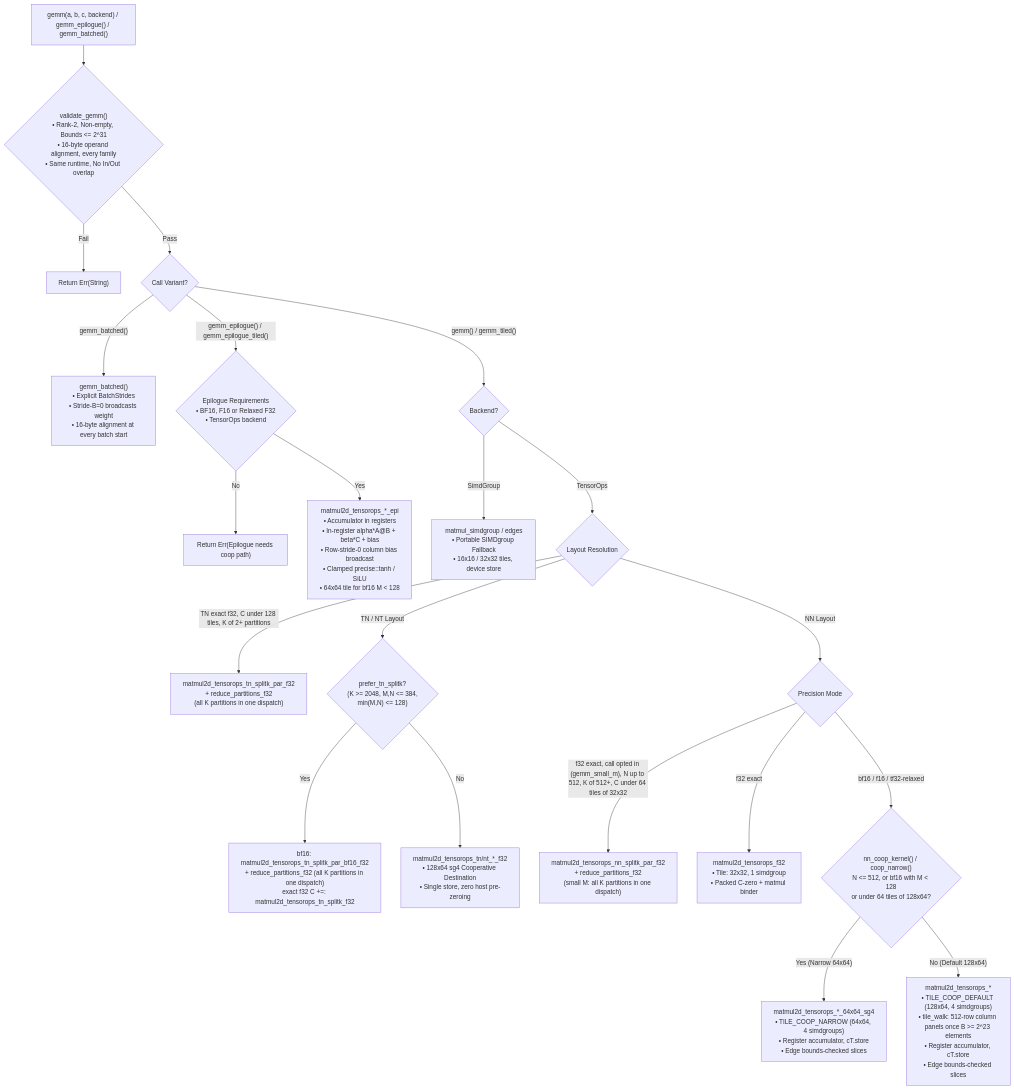
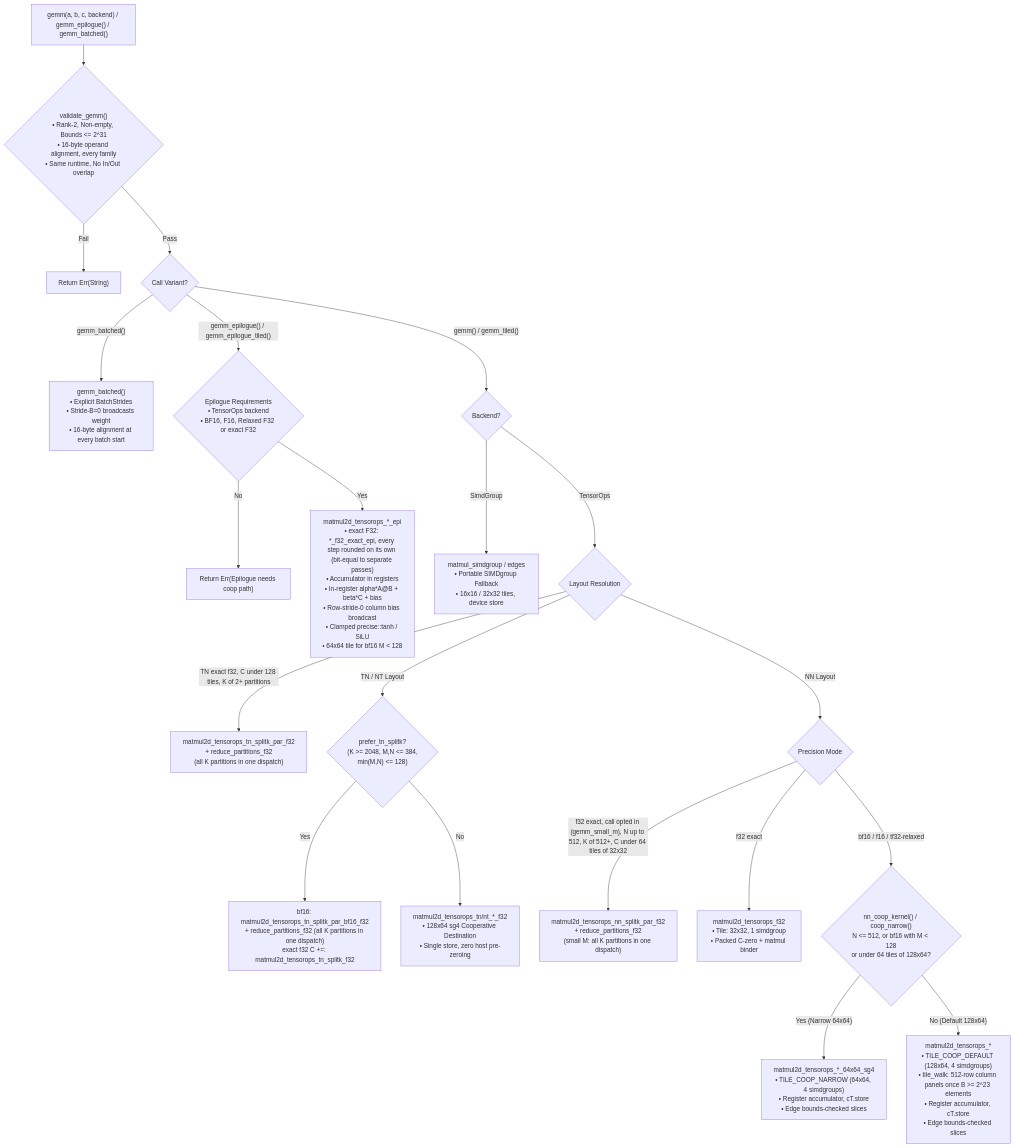
Before and after one commit to bharathvbcr/tessl: the first of 8 diagrams in docs/architecture.md, drawn with Mermaid. The commit also changed 12 other files, not shown here.

First line of the commit message:
gemm_epilogue: exact-f32 cooperative epilogue, bit-identical to separate passes

````diff
--- a/docs/architecture.md
+++ b/docs/architecture.md
@@ -11,32 +11,32 @@
 ```mermaid
 flowchart TD
     Start["gemm(a, b, c, backend) / gemm_epilogue() / gemm_batched()"] --> Validate{"validate_gemm()<br/>• Rank-2, Non-empty, Bounds &lt;= 2^31<br/>• 16-byte operand alignment, every family<br/>• Same runtime, No In/Out overlap"}
     Validate -- Fail --> Err["Return Err(String)"]
     Validate -- Pass --> ModeCheck{"Call Variant?"}
 
     ModeCheck -- "gemm_batched()" --> Batched["gemm_batched()<br/>• Explicit BatchStrides<br/>• Stride-B=0 broadcasts weight<br/>• 16-byte alignment at every batch start"]
-    ModeCheck -- "gemm_epilogue() / gemm_epilogue_tiled()" --> EpiCheck{"Epilogue Requirements<br/>• BF16, F16 or Relaxed F32<br/>• TensorOps backend"}
+    ModeCheck -- "gemm_epilogue() / gemm_epilogue_tiled()" --> EpiCheck{"Epilogue Requirements<br/>• TensorOps backend<br/>• BF16, F16, Relaxed F32 or exact F32"}
     EpiCheck -- No --> EpiErr["Return Err(Epilogue needs coop path)"]
-    EpiCheck -- Yes --> EpiDispatch["matmul2d_tensorops_*_epi<br/>• Accumulator in registers<br/>• In-register alpha*A@B + beta*C + bias<br/>• Row-stride-0 column bias broadcast<br/>• Clamped precise::tanh / SiLU<br/>• 64x64 tile for bf16 M &lt; 128"]
+    EpiCheck -- Yes --> EpiDispatch["matmul2d_tensorops_*_epi<br/>• exact F32: *_f32_exact_epi, every step rounded on its own (bit-equal to separate passes)<br/>• Accumulator in registers<br/>• In-register alpha*A@B + beta*C + bias<br/>• Row-stride-0 column bias broadcast<br/>• Clamped precise::tanh / SiLU<br/>• 64x64 tile for bf16 M &lt; 128"]
     
     ModeCheck -- "gemm() / gemm_tiled()" --> BackendCheck{"Backend?"}
 
     BackendCheck -- SimdGroup --> SimdGroupKernel["matmul_simdgroup / edges<br/>• Portable SIMDgroup Fallback<br/>• 16x16 / 32x32 tiles, device store"]
     BackendCheck -- TensorOps --> LayoutCheck{"Layout Resolution"}
 
     LayoutCheck -- "TN exact f32, C under 128 tiles, K of 2+ partitions" --> ParTN["matmul2d_tensorops_tn_splitk_par_f32<br/>+ reduce_partitions_f32<br/>(all K partitions in one dispatch)"]
     LayoutCheck -- "TN / NT Layout" --> SplitKCheck{"prefer_tn_splitk?<br/>(K &gt;= 2048, M,N &lt;= 384,<br/>min(M,N) &lt;= 128)"}
     SplitKCheck -- Yes --> SplitKKernel["bf16: matmul2d_tensorops_tn_splitk_par_bf16_f32<br/>+ reduce_partitions_f32 (all K partitions in one dispatch)<br/>exact f32 C +=: matmul2d_tensorops_tn_splitk_f32"]
     SplitKCheck -- No --> CoopTN["matmul2d_tensorops_tn/nt_*_f32<br/>• 128x64 sg4 Cooperative Destination<br/>• Single store, zero host pre-zeroing"]
 
     LayoutCheck -- "NN Layout" --> PrecisionCheck{"Precision Mode"}
     
     PrecisionCheck -- "f32 exact, call opted in (gemm_small_m), N up to 512, K of 512+, C under 64 tiles of 32x32" --> ParNN["matmul2d_tensorops_nn_splitk_par_f32<br/>+ reduce_partitions_f32<br/>(small M: all K partitions in one dispatch)"]
     PrecisionCheck -- "f32 exact" --> F32Exact["matmul2d_tensorops_f32<br/>• Tile: 32x32, 1 simdgroup<br/>• Packed C-zero + matmul binder"]
     
     PrecisionCheck -- "bf16 / f16 / tf32-relaxed" --> NNTable{"nn_coop_kernel() / coop_narrow()<br/>N &lt;= 512, or bf16 with M &lt; 128<br/>or under 64 tiles of 128x64?"}
     
     NNTable -- "Yes (Narrow 64x64)" --> NNNarrow["matmul2d_tensorops_*_64x64_sg4<br/>• TILE_COOP_NARROW (64x64, 4 simdgroups)<br/>• Register accumulator, cT.store<br/>• Edge bounds-checked slices"]
     
     NNTable -- "No (Default 128x64)" --> NNDefault["matmul2d_tensorops_*<br/>• TILE_COOP_DEFAULT (128x64, 4 simdgroups)<br/>• tile_walk: 512-row column panels once B &gt;= 2^23 elements<br/>• Register accumulator, cT.store<br/>• Edge bounds-checked slices"]
 ```
````
